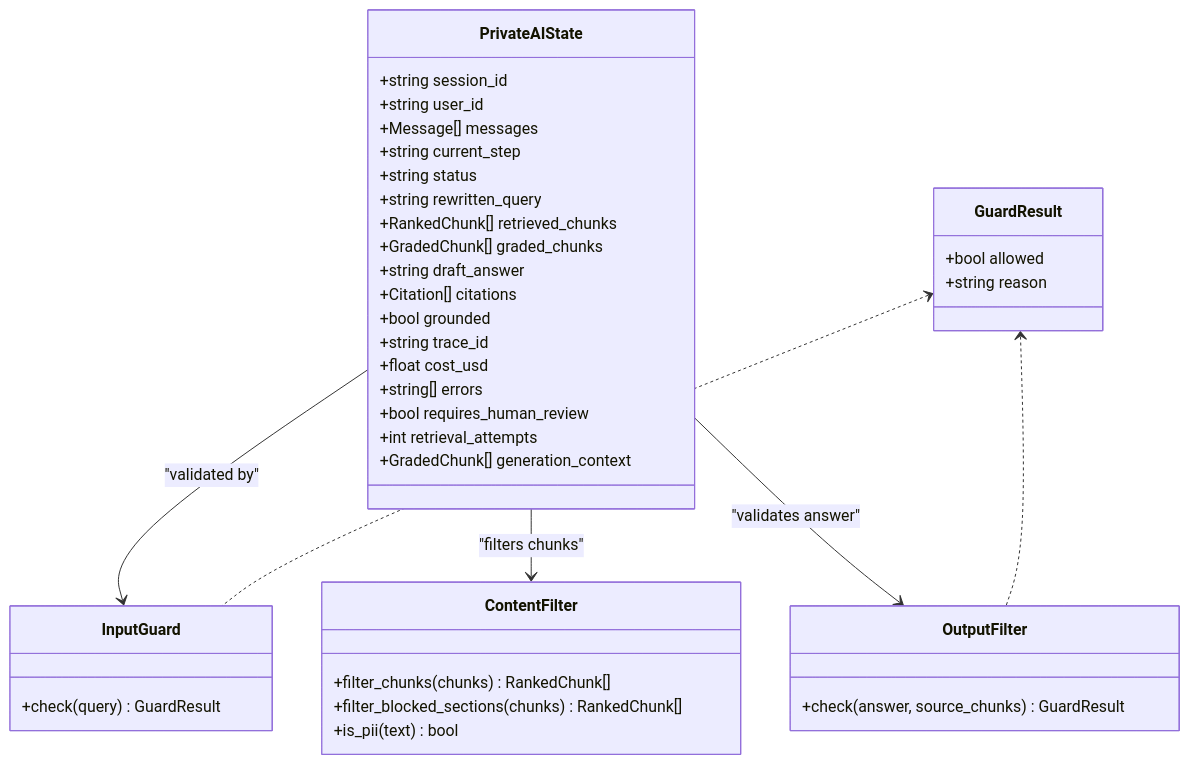
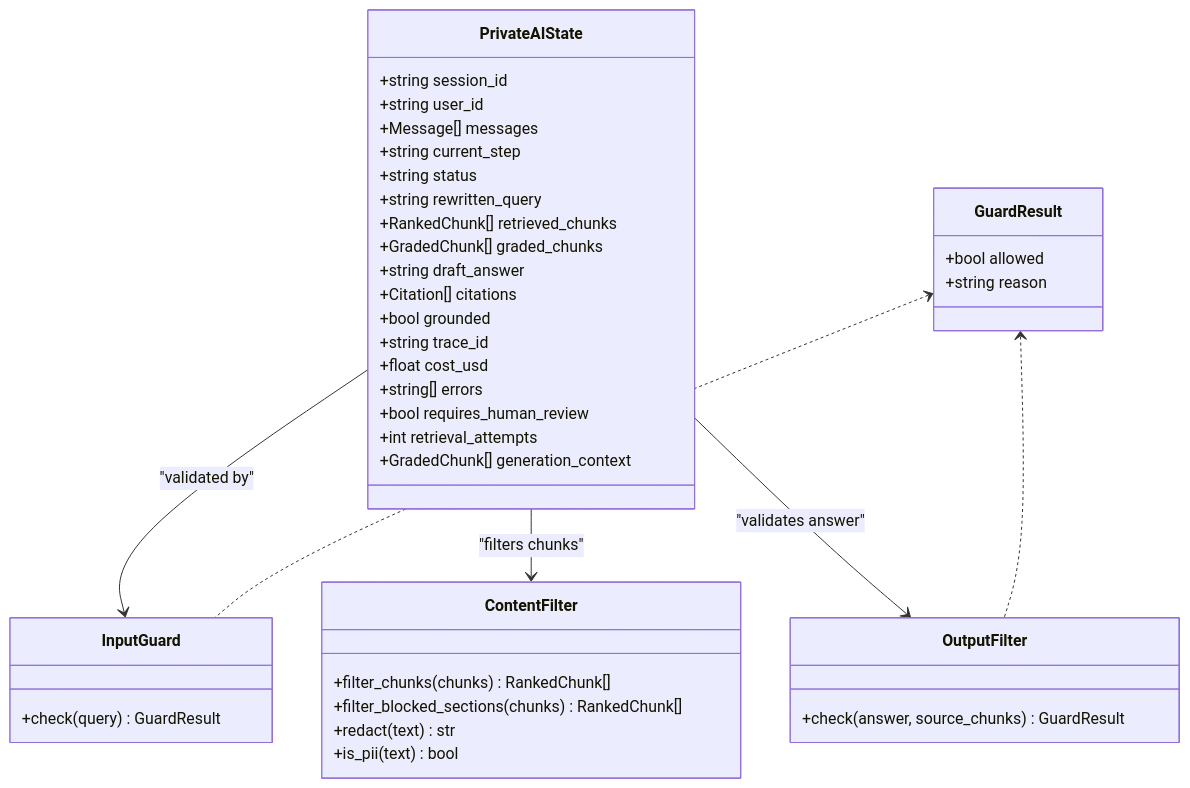
Before and after one commit to genes8/private-ai: the eighth of 9 diagrams in .qoder/repowiki/en/content/Backend Development/Security and Middleware/Content Filtering.md, drawn with Mermaid. The commit also changed other lines of this file and 55 other files, not shown here.

````diff
--- a/.qoder/repowiki/en/content/Backend Development/Security and Middleware/Content Filtering.md
+++ b/.qoder/repowiki/en/content/Backend Development/Security and Middleware/Content Filtering.md
@@ -274,42 +333,43 @@
 ```mermaid
 classDiagram
 class PrivateAIState {
 +string session_id
 +string user_id
 +Message[] messages
 +string current_step
 +string status
 +string rewritten_query
 +RankedChunk[] retrieved_chunks
 +GradedChunk[] graded_chunks
 +string draft_answer
 +Citation[] citations
 +bool grounded
 +string trace_id
 +float cost_usd
 +string[] errors
 +bool requires_human_review
 +int retrieval_attempts
 +GradedChunk[] generation_context
 }
-class InputGuard {
-+check(query) GuardResult
-}
 class ContentFilter {
 +filter_chunks(chunks) RankedChunk[]
 +filter_blocked_sections(chunks) RankedChunk[]
++redact(text) str
 +is_pii(text) bool
+}
+class InputGuard {
++check(query) GuardResult
 }
 class OutputFilter {
 +check(answer, source_chunks) GuardResult
 }
 class GuardResult {
 +bool allowed
 +string reason
 }
 PrivateAIState --> InputGuard : "validated by"
 PrivateAIState --> ContentFilter : "filters chunks"
 PrivateAIState --> OutputFilter : "validates answer"
 GuardResult <.. InputGuard
 GuardResult <.. OutputFilter
 ```
````
